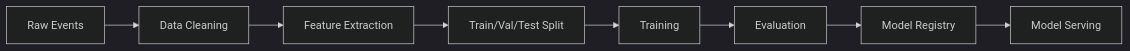
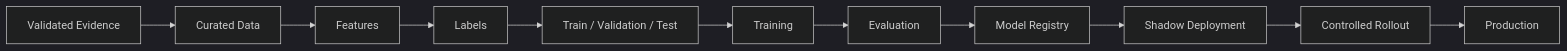
One commit to petkao/pinkcurve-blueprint changed the eighth of 12 diagrams in docs/08-learning-engine.md. Above: the diagram before and after it, drawn with Mermaid (dark theme). The commit also changed other lines of this file and 27 other files, not shown here.

Commit message:
Update PinkCurve blueprint and complete Chapter 11 data architecture audit

````diff
--- a/docs/08-learning-engine.md
+++ b/docs/08-learning-engine.md
@@ -210,10 +1482,13 @@
 ```mermaid
 flowchart LR
-    Raw[Raw Events] --> Clean[Data Cleaning]
-    Clean --> Features[Feature Extraction]
-    Features --> Split[Train/Val/Test Split]
-    Split --> Train[Training]
-    Train --> Eval[Evaluation]
-    Eval --> Registry[Model Registry]
-    Registry --> Serve[Model Serving]
+    RAW[Validated Evidence] --> CUR[Curated Data]
+    CUR --> FE[Features]
+    FE --> LAB[Labels]
+    LAB --> SPLIT[Train / Validation / Test]
+    SPLIT --> TRAIN[Training]
+    TRAIN --> EVAL[Evaluation]
+    EVAL --> REG[Model Registry]
+    REG --> SHADOW[Shadow Deployment]
+    SHADOW --> EXP[Controlled Rollout]
+    EXP --> PROD[Production]
 ```
````
